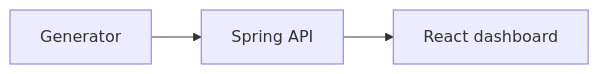
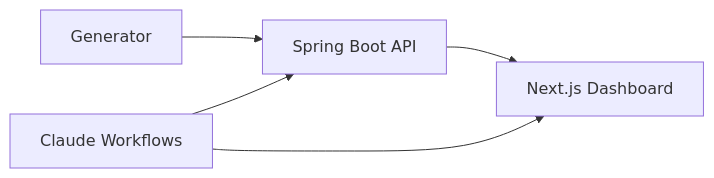
The diagram in README.md (pdj555/energy-market-visualization), drawn with Mermaid before and after one commit. The commit also changed other lines of this file and 85 other files, not shown here.

First line of the commit message:
Next.js dashboard, Fly API, and Vercel split hosting (#16)

````diff
--- a/README.md
+++ b/README.md
@@ -5,5 +5,7 @@
 ```mermaid
 flowchart LR
-  G[Generator] --> API[Spring API]
-  API --> UI[React dashboard]
+  G[Generator] --> API[Spring Boot API]
+  API --> UI[Next.js Dashboard]
+  CI[Claude Workflows] --> API
+  CI --> UI
 ```
````
